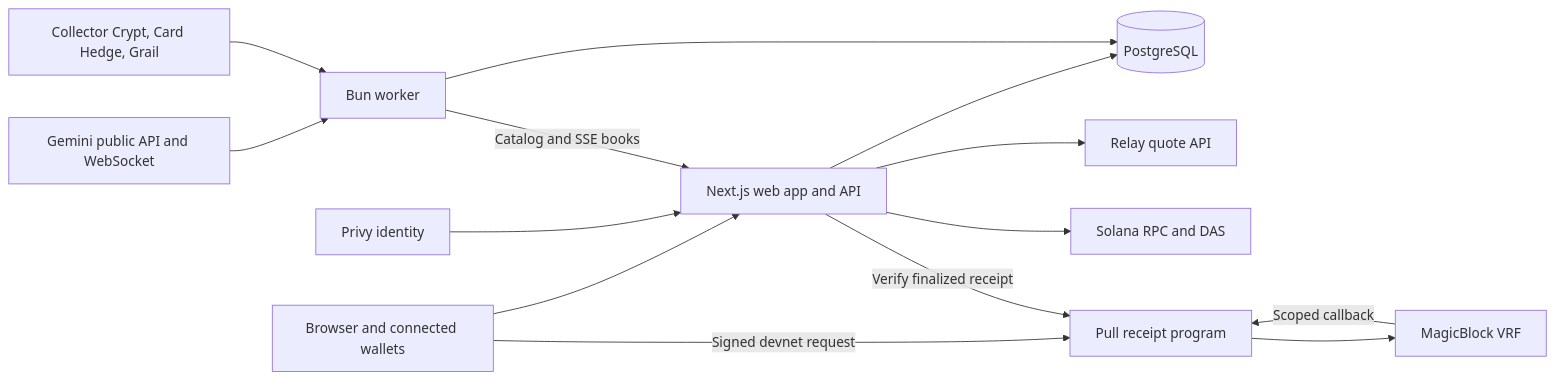
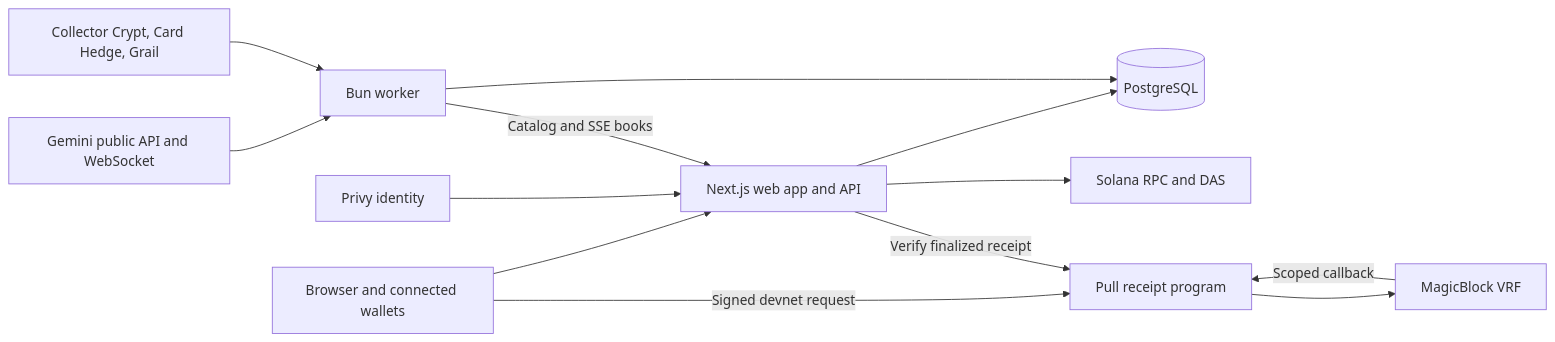
Before and after one commit to hamzaskewl/slabline: the diagram in README.md, drawn with Mermaid. The commit also changed other lines of this file, not shown here.

````diff
--- a/README.md
+++ b/README.md
@@ -143,16 +168,15 @@
 ```mermaid
 flowchart LR
     U[Browser and connected wallets] --> W[Next.js web app and API]
     P[Privy identity] --> W
     G[Gemini public API and WebSocket] --> K[Bun worker]
     K -->|Catalog and SSE books| W
     C[Collector Crypt, Card Hedge, Grail] --> K
     W --> D[(PostgreSQL)]
     K --> D
-    W --> R[Relay quote API]
     W --> S[Solana RPC and DAS]
     U -->|Signed devnet request| V[Pull receipt program]
     V --> B[MagicBlock VRF]
     B -->|Scoped callback| V
     W -->|Verify finalized receipt| V
 ```
````
